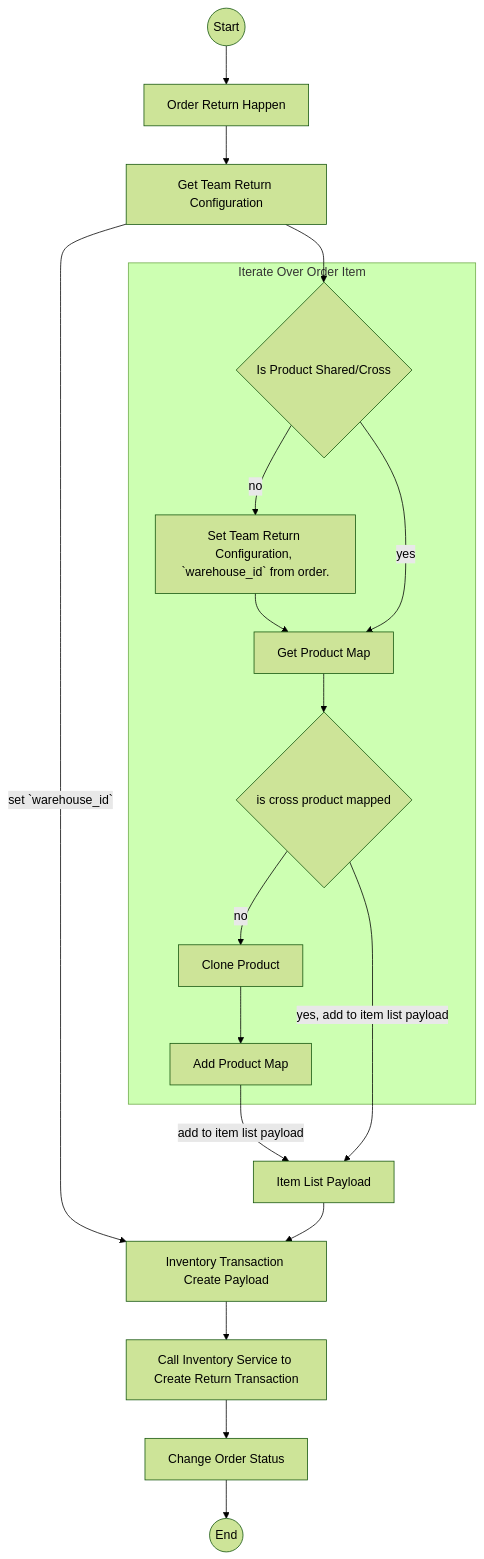
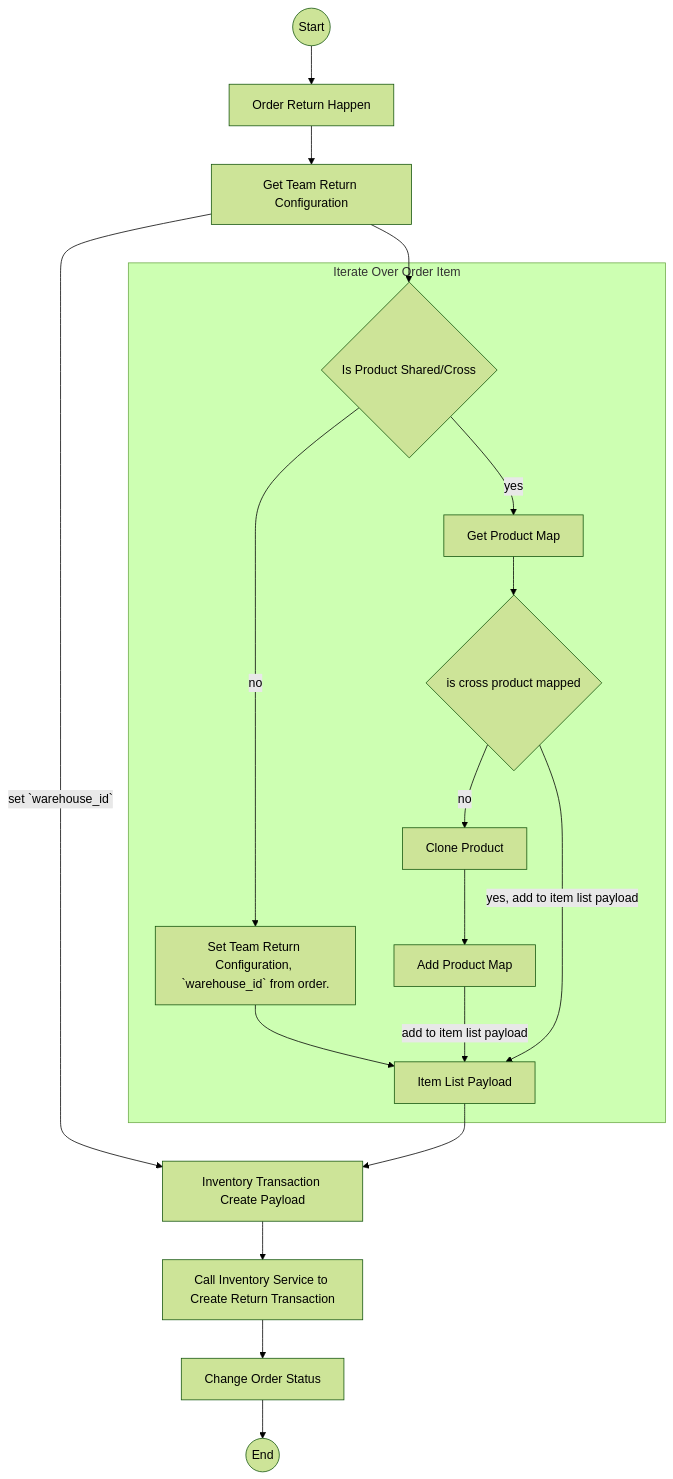
Before and after one commit to pdcgo/warehouse_revamp: the first of 2 diagrams in docs/business/order/order_return.md, drawn with Mermaid (forest theme). The commit also changed other lines of this file and 5 other files, not shown here.

````diff
--- a/docs/business/order/order_return.md
+++ b/docs/business/order/order_return.md
@@ -28,38 +28,38 @@
 ```mermaid
 flowchart TD
 
 s(("Start"))
 e(("End"))
 
 
 s-->rethappen["Order Return Happen"]
 
 rethappen-->retconf["Get Team Return Configuration"]
 retconf-->|set `warehouse_id`|invpay["Inventory Transaction Create Payload"]
 retconf-->iscross{"Is Product Shared/Cross"}
 
 subgraph "Iterate Over Order Item"
     
     iscross-->|no|setretconf["Set Team Return Configuration, `warehouse_id` from order."]
-        setretconf-->prodlink
+        setretconf-->itemlist
 
     iscross-->|yes|prodlink["Get Product Map"]
     prodlink-->ismapped{"is cross product mapped"}
     
 
     ismapped-->|no|clone["Clone Product"]
         clone-->mapadd["Add Product Map"]
 
     
 end
 
 mapadd-->|add to item list payload |itemlist["Item List Payload"]
 ismapped-->|yes, add to item list payload|itemlist
 itemlist-->invpay
 
 invpay-->calinv["Call Inventory Service to Create Return Transaction"]
 calinv-->change["Change Order Status"]
 change-->e
 
 
 ```
````
